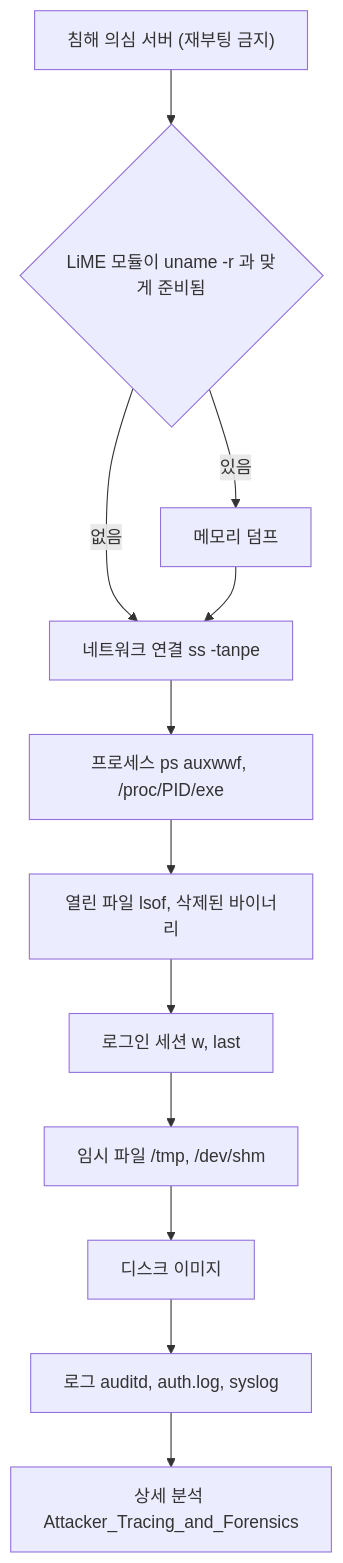
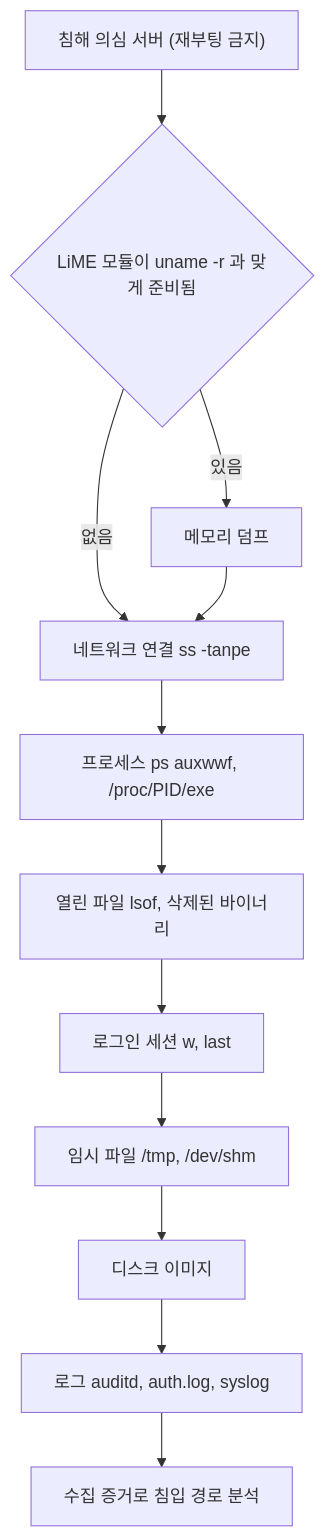
One commit to GYUTORY/YGSTUDY changed the sixth of 7 diagrams in Develop/Security/Server_Attack_Defense.md. Above: the diagram before and after it, drawn with Mermaid. The commit also changed other lines of this file and 2 other files, not shown here.

First line of the commit message:
fix(docs): 존재하지 않는 Attacker_Tracing_and_Forensics 링크 제거

````diff
--- a/Develop/Security/Server_Attack_Defense.md
+++ b/Develop/Security/Server_Attack_Defense.md
@@ -773,14 +773,14 @@
 ```mermaid
 flowchart TD
     S["침해 의심 서버 (재부팅 금지)"] --> Q{"LiME 모듈이 uname -r 과 맞게 준비됨"}
     Q -->|있음| M["메모리 덤프"]
     Q -->|없음| N["네트워크 연결 ss -tanpe"]
     M --> N
     N --> P["프로세스 ps auxwwf, /proc/PID/exe"]
     P --> O["열린 파일 lsof, 삭제된 바이너리"]
     O --> U["로그인 세션 w, last"]
     U --> T["임시 파일 /tmp, /dev/shm"]
     T --> D["디스크 이미지"]
     D --> L["로그 auditd, auth.log, syslog"]
-    L --> X["상세 분석 Attacker_Tracing_and_Forensics"]
+    L --> X["수집 증거로 침입 경로 분석"]
 ```
````
